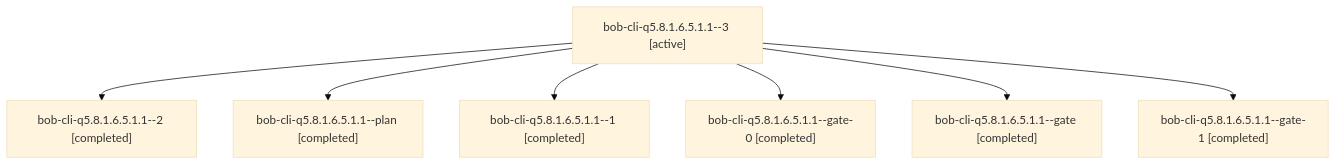
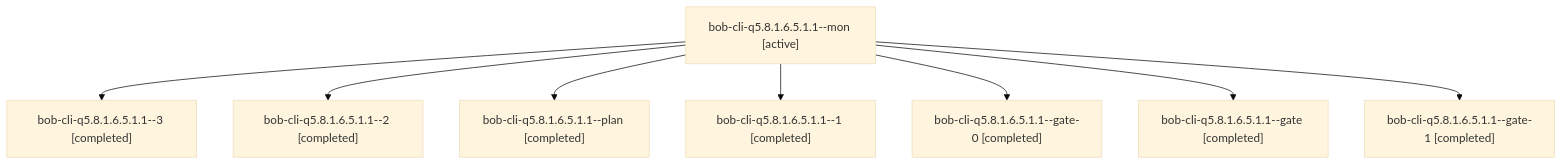
The diagram in sessions/bbugyi200.athena.bob-cli-q5.8.1.6.5.1.1.md (bobs-org/bob-cli--agents), drawn with Mermaid (base theme) before and after one commit. The commit also changed other lines of this file and 300 other files, not shown here.

````diff
--- a/sessions/bbugyi200.athena.bob-cli-q5.8.1.6.5.1.1.md
+++ b/sessions/bbugyi200.athena.bob-cli-q5.8.1.6.5.1.1.md
@@ -9,16 +9,18 @@
 ```mermaid
 flowchart TD
-  n0["bob-cli-q5.8.1.6.5.1.1--3 [active]"]
-  n1["bob-cli-q5.8.1.6.5.1.1--2 [completed]"]
+  n0["bob-cli-q5.8.1.6.5.1.1--mon [active]"]
+  n1["bob-cli-q5.8.1.6.5.1.1--3 [completed]"]
   n0 --> n1
-  n2["bob-cli-q5.8.1.6.5.1.1--plan [completed]"]
+  n2["bob-cli-q5.8.1.6.5.1.1--2 [completed]"]
   n0 --> n2
-  n3["bob-cli-q5.8.1.6.5.1.1--1 [completed]"]
+  n3["bob-cli-q5.8.1.6.5.1.1--plan [completed]"]
   n0 --> n3
-  n4["bob-cli-q5.8.1.6.5.1.1--gate-0 [completed]"]
+  n4["bob-cli-q5.8.1.6.5.1.1--1 [completed]"]
   n0 --> n4
-  n5["bob-cli-q5.8.1.6.5.1.1--gate [completed]"]
+  n5["bob-cli-q5.8.1.6.5.1.1--gate-0 [completed]"]
   n0 --> n5
-  n6["bob-cli-q5.8.1.6.5.1.1--gate-1 [completed]"]
+  n6["bob-cli-q5.8.1.6.5.1.1--gate [completed]"]
   n0 --> n6
+  n7["bob-cli-q5.8.1.6.5.1.1--gate-1 [completed]"]
+  n0 --> n7
 ```
````
